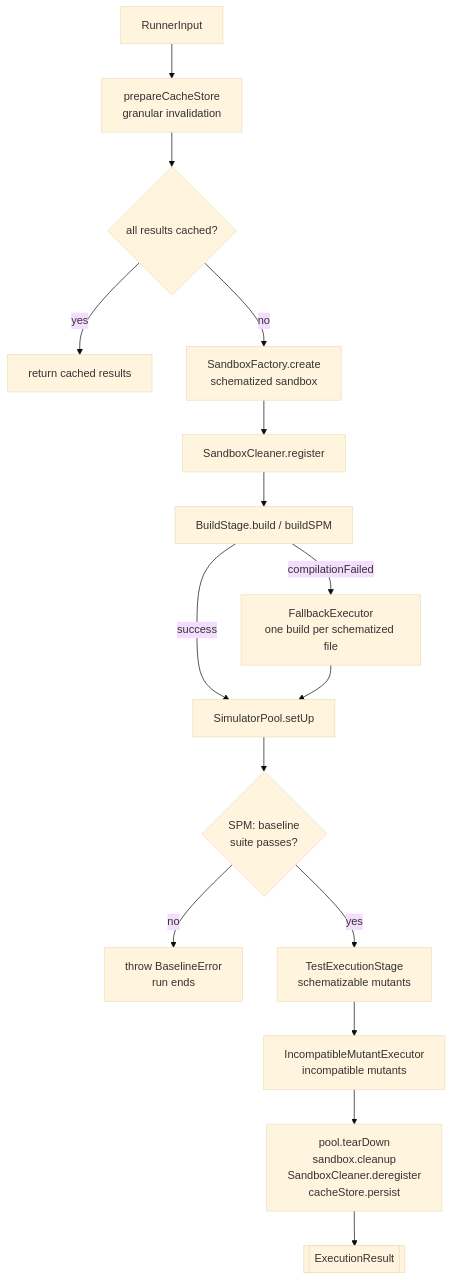
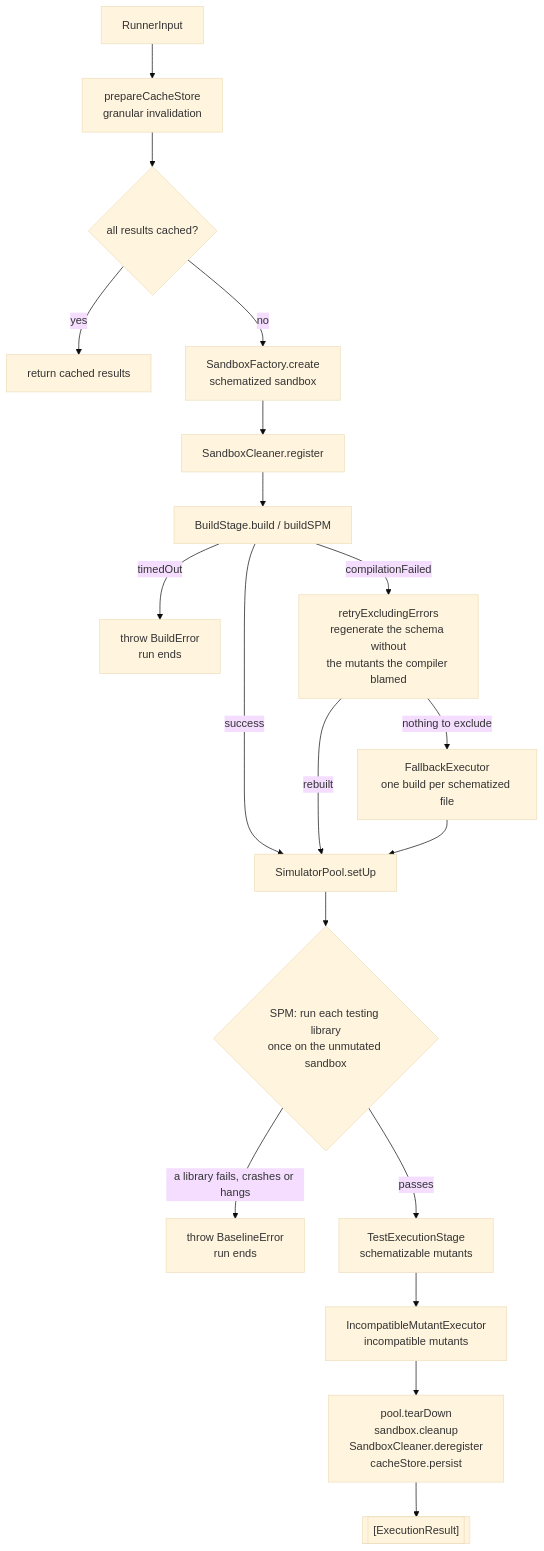
Before and after one commit to C24-Bank/swift-mutation-testing: the first of 6 diagrams in Docs/CodeBase/07-execution.md, drawn with Mermaid (base theme). The commit also changed other lines of this file and 16 other files, not shown here.

Commit message:
docs: bring the reference and the diagrams back in line with the code

````diff
--- a/Docs/CodeBase/07-execution.md
+++ b/Docs/CodeBase/07-execution.md
@@ -18,18 +18,21 @@
 ```mermaid
 flowchart TD
     IN[RunnerInput] --> PREP[prepareCacheStore\ngranular invalidation]
     PREP --> CACHE{all results cached?}
     CACHE -- yes --> RETURN[return cached results]
     CACHE -- no --> SANDBOX[SandboxFactory.create\nschematized sandbox]
     SANDBOX --> REG[SandboxCleaner.register]
     REG --> BUILD[BuildStage.build / buildSPM]
-    BUILD -- compilationFailed --> FALLBACK[FallbackExecutor\none build per schematized file]
     BUILD -- success --> POOL[SimulatorPool.setUp]
+    BUILD -- timedOut --> ABORT[throw BuildError\nrun ends]
+    BUILD -- compilationFailed --> RETRY[retryExcludingErrors\nregenerate the schema without\nthe mutants the compiler blamed]
+    RETRY -- rebuilt --> POOL
+    RETRY -- nothing to exclude --> FALLBACK[FallbackExecutor\none build per schematized file]
     FALLBACK --> POOL
-    POOL --> BASELINE{SPM: baseline\nsuite passes?}
-    BASELINE -- no --> ABORT[throw BaselineError\nrun ends]
-    BASELINE -- yes --> NORMAL[TestExecutionStage\nschematizable mutants]
+    POOL --> PROBE{SPM: run each testing library\nonce on the unmutated sandbox}
+    PROBE -- a library fails, crashes or hangs --> ABORTB[throw BaselineError\nrun ends]
+    PROBE -- passes --> NORMAL[TestExecutionStage\nschematizable mutants]
     NORMAL --> INCOMPAT[IncompatibleMutantExecutor\nincompatible mutants]
     INCOMPAT --> TEARDOWN[pool.tearDown\nsandbox.cleanup\nSandboxCleaner.deregister\ncacheStore.persist]
-    TEARDOWN --> RESULTS[[ExecutionResult]]
+    TEARDOWN --> RESULTS[["[ExecutionResult]"]]
 ```
````
